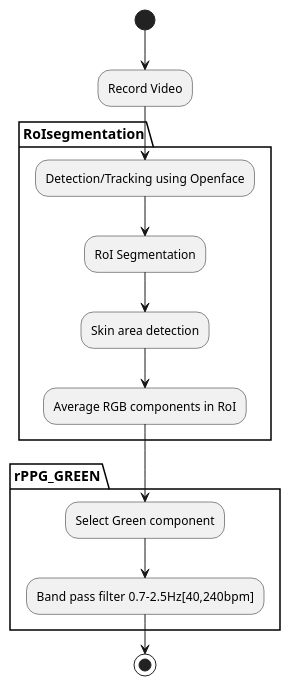
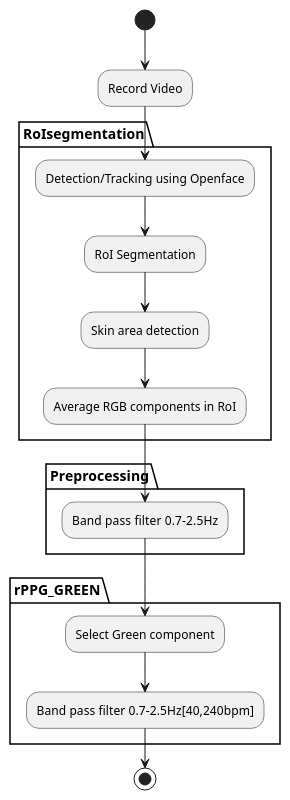
The diagram in doc/green_process_flow copy.pu (zhujiangzhijia/rPPG_master), drawn with PlantUML before and after one commit. The commit also changed 52 other files, not shown here.

```diff
--- a/doc/green_process_flow copy.pu
+++ b/doc/green_process_flow copy.pu
@@ -1,21 +1,21 @@
 @startuml
 
 (*) --> "Record Video"
 partition RoIsegmentation {
 --> "Detection/Tracking using Openface"
 --> "RoI Segmentation"
 --> "Skin area detection"
 --> "Average RGB components in RoI"
 }
 
-' partition Preprocessing {
-'  --> "Band pass filter  0.7-2.5Hz"
-' }
+partition Preprocessing {
+ --> "Band pass filter  0.7-2.5Hz"
+}
 
 partition rPPG_GREEN {
 --> "Select Green component"
 --> "Band pass filter  0.7-2.5Hz[40,240bpm]"
 }
 
 --> (*)
 @enduml
```
